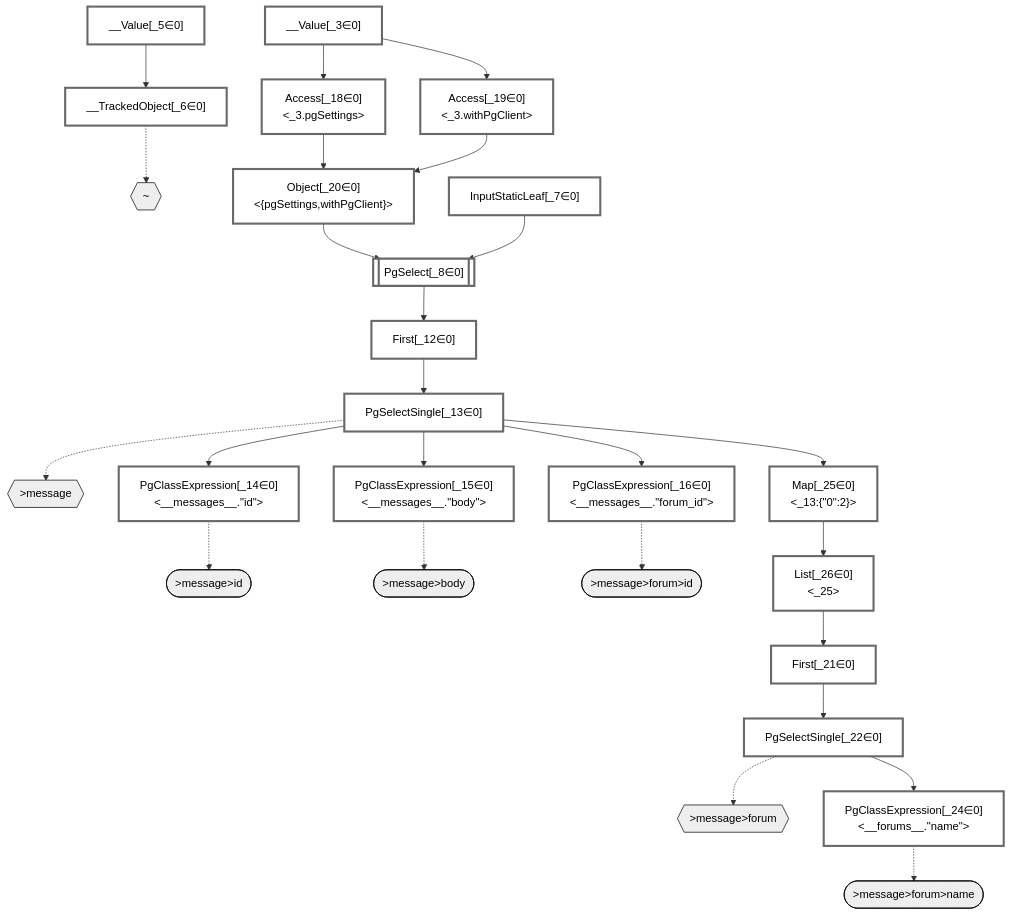
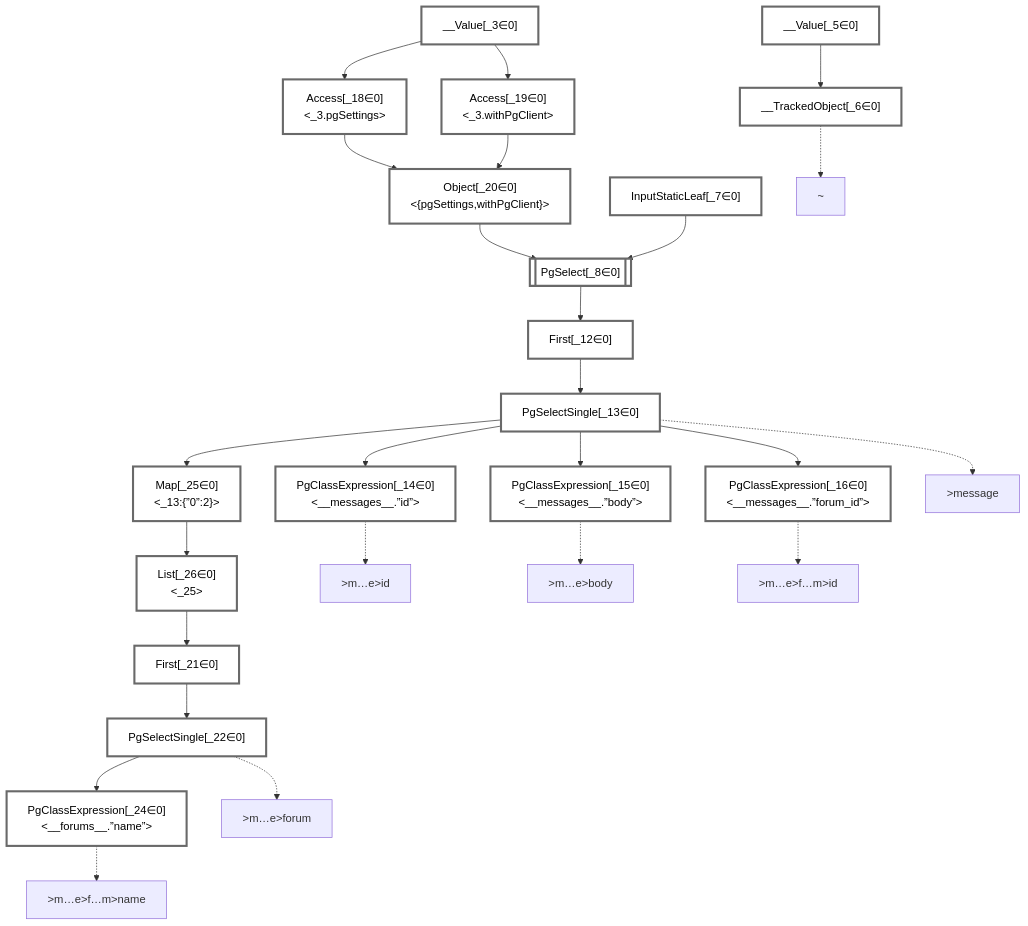
Before and after one commit to graphile/crystal: the diagram in packages/dataplan-pg/__tests__/queries/relations/basics.mermaid.md, drawn with Mermaid. The commit also changed 195 other files, not shown here.

````diff
--- a/packages/dataplan-pg/__tests__/queries/relations/basics.mermaid.md
+++ b/packages/dataplan-pg/__tests__/queries/relations/basics.mermaid.md
@@ -1,76 +1,68 @@
 ```mermaid
 graph TD
     classDef path fill:#eee,stroke:#000,color:#000
     classDef plan fill:#fff,stroke-width:3px,color:#000
     classDef itemplan fill:#fff,stroke-width:6px,color:#000
     classDef sideeffectplan fill:#f00,stroke-width:6px,color:#000
     classDef bucket fill:#f6f6f6,color:#000,stroke-width:6px
 
-    %% subgraph fields
-    P1{{"~"}}:::path
-    P2{{">message"}}:::path
-    P3([">message>id"]):::path
-    %% P2 -.-> P3
-    P4([">message>body"]):::path
-    %% P2 -.-> P4
-    P5{{">message>forum"}}:::path
-    P6([">message>forum>id"]):::path
-    %% P5 -.-> P6
-    P7([">message>forum>name"]):::path
-    %% P5 -.-> P7
-    %% P2 -.-> P5
-    %% P1 -.-> P2
-    %% end
 
     %% define plans
     __Value_3["__Value[_3∈0]<br /><context>"]:::plan
     __Value_5["__Value[_5∈0]<br /><rootValue>"]:::plan
     __TrackedObject_6["__TrackedObject[_6∈0]"]:::plan
     InputStaticLeaf_7["InputStaticLeaf[_7∈0]"]:::plan
     PgSelect_8[["PgSelect[_8∈0]<br /><messages>"]]:::plan
     First_12["First[_12∈0]"]:::plan
     PgSelectSingle_13["PgSelectSingle[_13∈0]<br /><messages>"]:::plan
-    PgClassExpression_14["PgClassExpression[_14∈0]<br /><__messages__.#quot;id#quot;>"]:::plan
-    PgClassExpression_15["PgClassExpression[_15∈0]<br /><__messages__.#quot;body#quot;>"]:::plan
-    PgClassExpression_16["PgClassExpression[_16∈0]<br /><__messages__.#quot;forum_id#quot;>"]:::plan
+    PgClassExpression_14["PgClassExpression[_14∈0]<br /><__messages__.”id”>"]:::plan
+    PgClassExpression_15["PgClassExpression[_15∈0]<br /><__messages__.”body”>"]:::plan
+    PgClassExpression_16["PgClassExpression[_16∈0]<br /><__messages__.”forum_id”>"]:::plan
     Access_18["Access[_18∈0]<br /><_3.pgSettings>"]:::plan
     Access_19["Access[_19∈0]<br /><_3.withPgClient>"]:::plan
     Object_20["Object[_20∈0]<br /><{pgSettings,withPgClient}>"]:::plan
     First_21["First[_21∈0]"]:::plan
     PgSelectSingle_22["PgSelectSingle[_22∈0]<br /><forums>"]:::plan
-    PgClassExpression_24["PgClassExpression[_24∈0]<br /><__forums__.#quot;name#quot;>"]:::plan
-    Map_25["Map[_25∈0]<br /><_13:{#quot;0#quot;:2}>"]:::plan
+    PgClassExpression_24["PgClassExpression[_24∈0]<br /><__forums__.”name”>"]:::plan
+    Map_25["Map[_25∈0]<br /><_13:{”0”:2}>"]:::plan
     List_26["List[_26∈0]<br /><_25>"]:::plan
 
     %% plan dependencies
     __Value_5 --> __TrackedObject_6
     Object_20 --> PgSelect_8
     InputStaticLeaf_7 --> PgSelect_8
     PgSelect_8 --> First_12
     First_12 --> PgSelectSingle_13
     PgSelectSingle_13 --> PgClassExpression_14
     PgSelectSingle_13 --> PgClassExpression_15
     PgSelectSingle_13 --> PgClassExpression_16
     __Value_3 --> Access_18
     __Value_3 --> Access_19
     Access_18 --> Object_20
     Access_19 --> Object_20
     List_26 --> First_21
     First_21 --> PgSelectSingle_22
     PgSelectSingle_22 --> PgClassExpression_24
     PgSelectSingle_13 --> Map_25
     Map_25 --> List_26
 
     %% plan-to-path relationships
+    P1["~"]
     __TrackedObject_6 -.-> P1
+    P2[">message"]
     PgSelectSingle_13 -.-> P2
+    P3[">m…e>id"]
     PgClassExpression_14 -.-> P3
+    P4[">m…e>body"]
     PgClassExpression_15 -.-> P4
+    P5[">m…e>forum"]
     PgSelectSingle_22 -.-> P5
+    P6[">m…e>f…m>id"]
     PgClassExpression_16 -.-> P6
+    P7[">m…e>f…m>name"]
     PgClassExpression_24 -.-> P7
 
     %% allocate buckets
     classDef bucket0 stroke:#696969
     class __Value_3,__Value_5,__TrackedObject_6,InputStaticLeaf_7,PgSelect_8,First_12,PgSelectSingle_13,PgClassExpression_14,PgClassExpression_15,PgClassExpression_16,Access_18,Access_19,Object_20,First_21,PgSelectSingle_22,PgClassExpression_24,Map_25,List_26 bucket0
 ```
````
